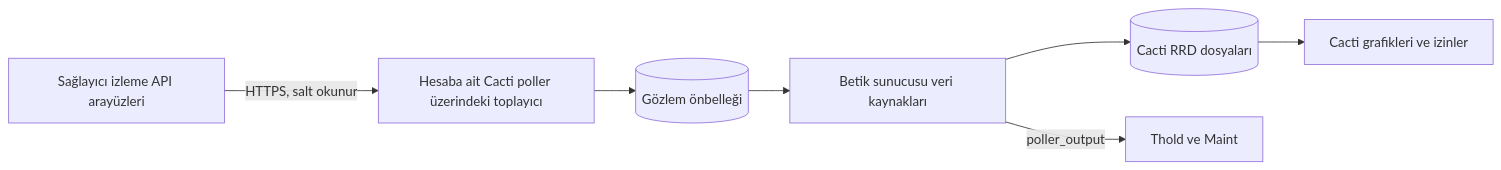
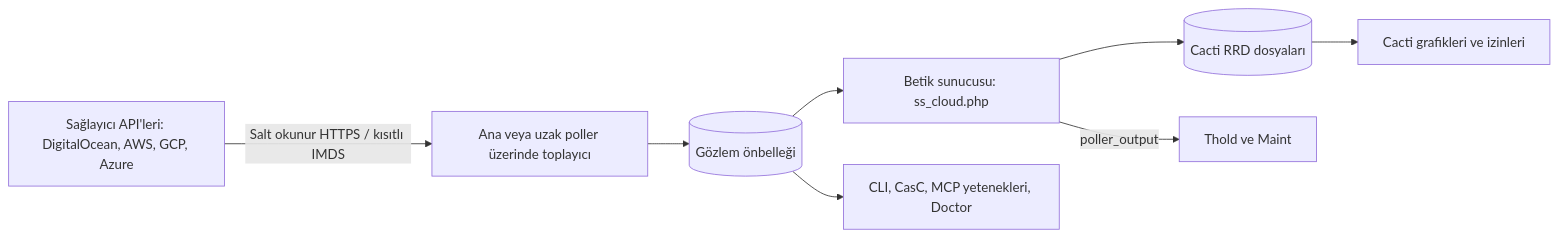
The diagram in docs/i18n/tr-TR/README.md (somethingwithproof/plugin_cloud), drawn with Mermaid before and after one commit. The commit also changed other lines of this file and 48 other files, not shown here.

First line of the commit message:
docs(readme): document AWS, GCP, Azure drivers, remote collectors, and ecosystem hooks

````diff
--- a/docs/i18n/tr-TR/README.md
+++ b/docs/i18n/tr-TR/README.md
@@ -109,9 +148,10 @@
 ```mermaid
 flowchart LR
-    API[Sağlayıcı izleme API arayüzleri] -->|HTTPS, salt okunur| C[Hesaba ait Cacti poller üzerindeki toplayıcı]
+    API[Sağlayıcı API'leri: DigitalOcean, AWS, GCP, Azure] -->|Salt okunur HTTPS / kısıtlı IMDS| C[Ana veya uzak poller üzerinde toplayıcı]
     C --> O[(Gözlem önbelleği)]
-    O --> SS[Betik sunucusu veri kaynakları]
+    O --> SS[Betik sunucusu: ss_cloud.php]
     SS --> RRD[(Cacti RRD dosyaları)]
     SS -->|poller_output| T[Thold ve Maint]
-    RRD --> G[Cacti grafikleri ve izinler]
+    RRD --> G[Cacti grafikleri ve izinleri]
+    O --> ECO[CLI, CasC, MCP yetenekleri, Doctor]
 ```
````
